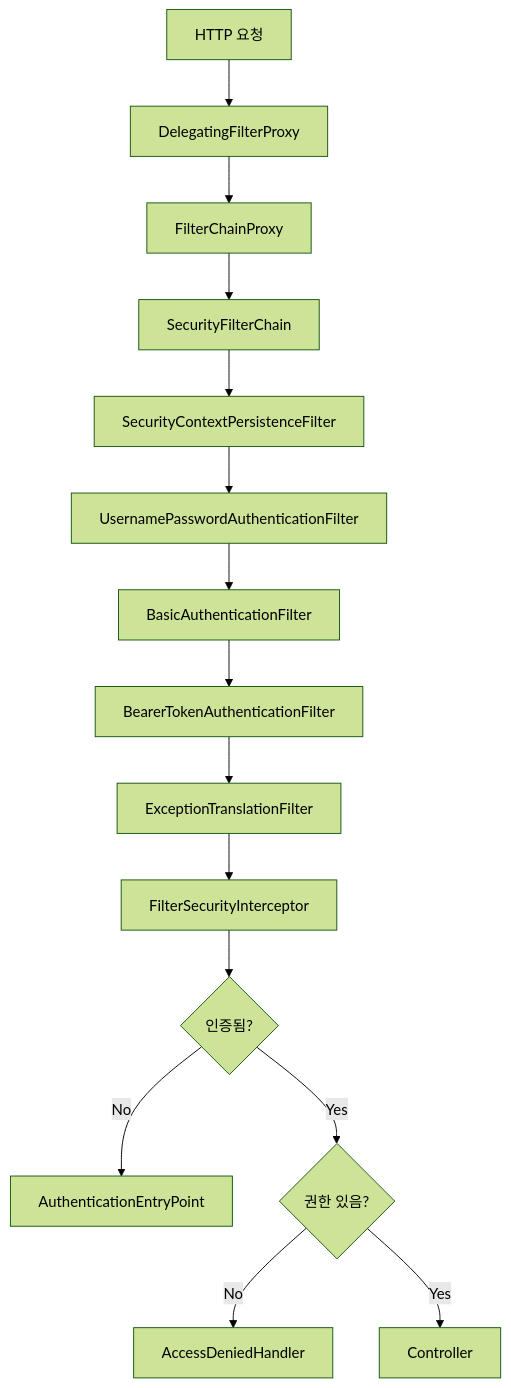
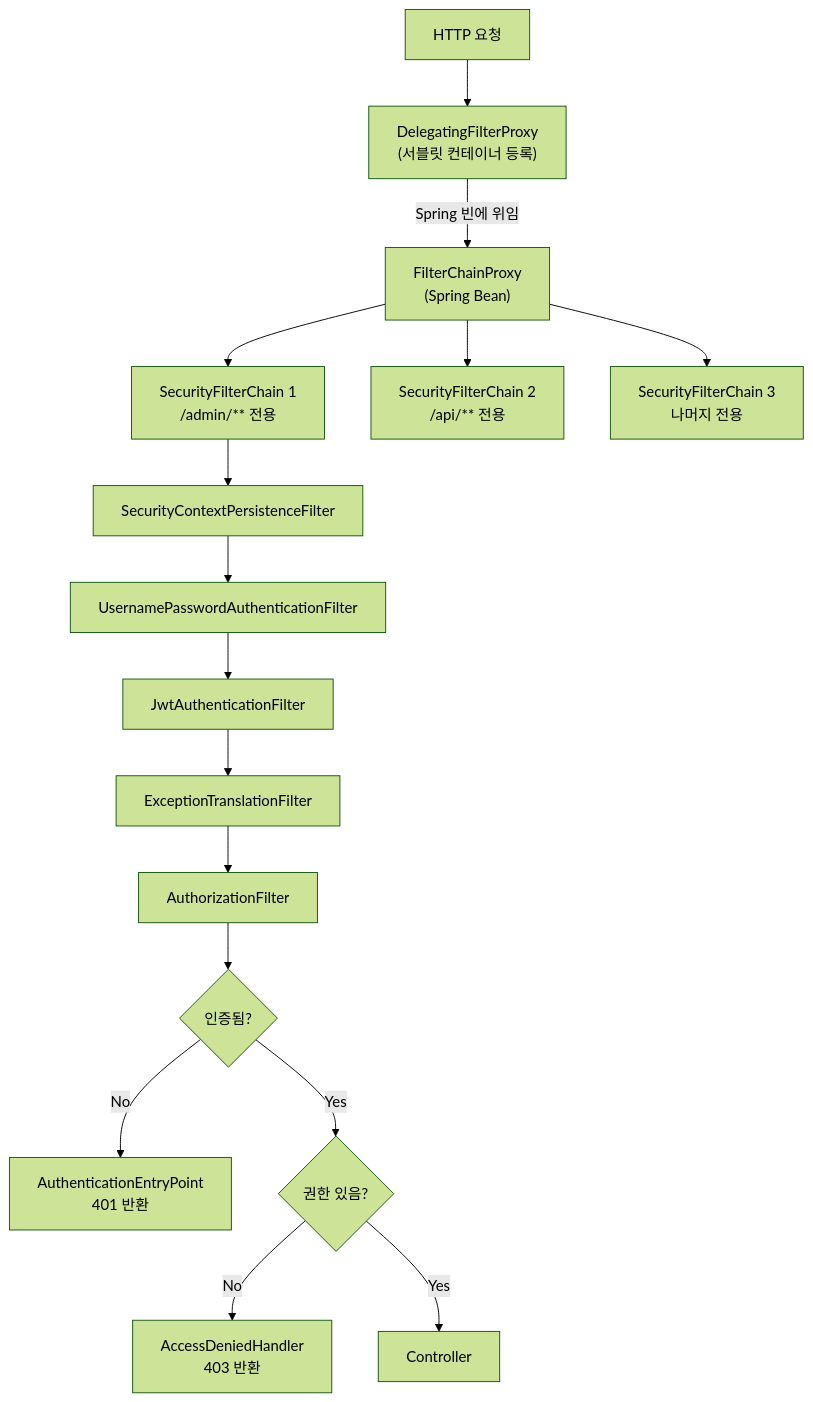
One commit to yjkim2015/yjkim2015.github.io changed the first of 7 diagrams in _posts/spring/2026-05-02-spring-security-deep.md. Above: the diagram before and after it, drawn with Mermaid (forest theme). The commit also changed other lines of this file and 92 other files, not shown here.

First line of the commit message:
Major quality rewrite: 98 files, Mermaid fix, extreme-scenario component

````diff
--- a/_posts/spring/2026-05-02-spring-security-deep.md
+++ b/_posts/spring/2026-05-02-spring-security-deep.md
@@ -18,19 +32,20 @@
 ```mermaid
 graph TD
-    A["HTTP 요청"] --> B[DelegatingFilterProxy]
-    B --> C[FilterChainProxy]
-    C --> D[SecurityFilterChain]
+    A["HTTP 요청"] --> B["DelegatingFilterProxy\n(서블릿 컨테이너 등록)"]
+    B -->|"Spring 빈에 위임"| C["FilterChainProxy\n(Spring Bean)"]
+    C --> D["SecurityFilterChain 1\n/admin/** 전용"]
+    C --> E["SecurityFilterChain 2\n/api/** 전용"]
+    C --> F["SecurityFilterChain 3\n나머지 전용"]
 
-    D --> E[SecurityContextPersistenceFilter]
-    E --> F[UsernamePasswordAuthenticationFilter]
-    F --> G[BasicAuthenticationFilter]
-    G --> H[BearerTokenAuthenticationFilter]
-    H --> I[ExceptionTranslationFilter]
-    I --> J[FilterSecurityInterceptor]
+    D --> G["SecurityContextPersistenceFilter"]
+    G --> H["UsernamePasswordAuthenticationFilter"]
+    H --> I["JwtAuthenticationFilter"]
+    I --> J["ExceptionTranslationFilter"]
+    J --> K["AuthorizationFilter"]
 
-    J --> K{"인증됨?"}
-    K -->|No| L[AuthenticationEntryPoint]
-    K -->|Yes| M{"권한 있음?"}
-    M -->|No| N[AccessDeniedHandler]
-    M -->|Yes| O[Controller]
+    K --> L{"인증됨?"}
+    L -->|"No"| M["AuthenticationEntryPoint\n401 반환"]
+    L -->|"Yes"| N{"권한 있음?"}
+    N -->|"No"| O["AccessDeniedHandler\n403 반환"]
+    N -->|"Yes"| P["Controller"]
 ```
````
